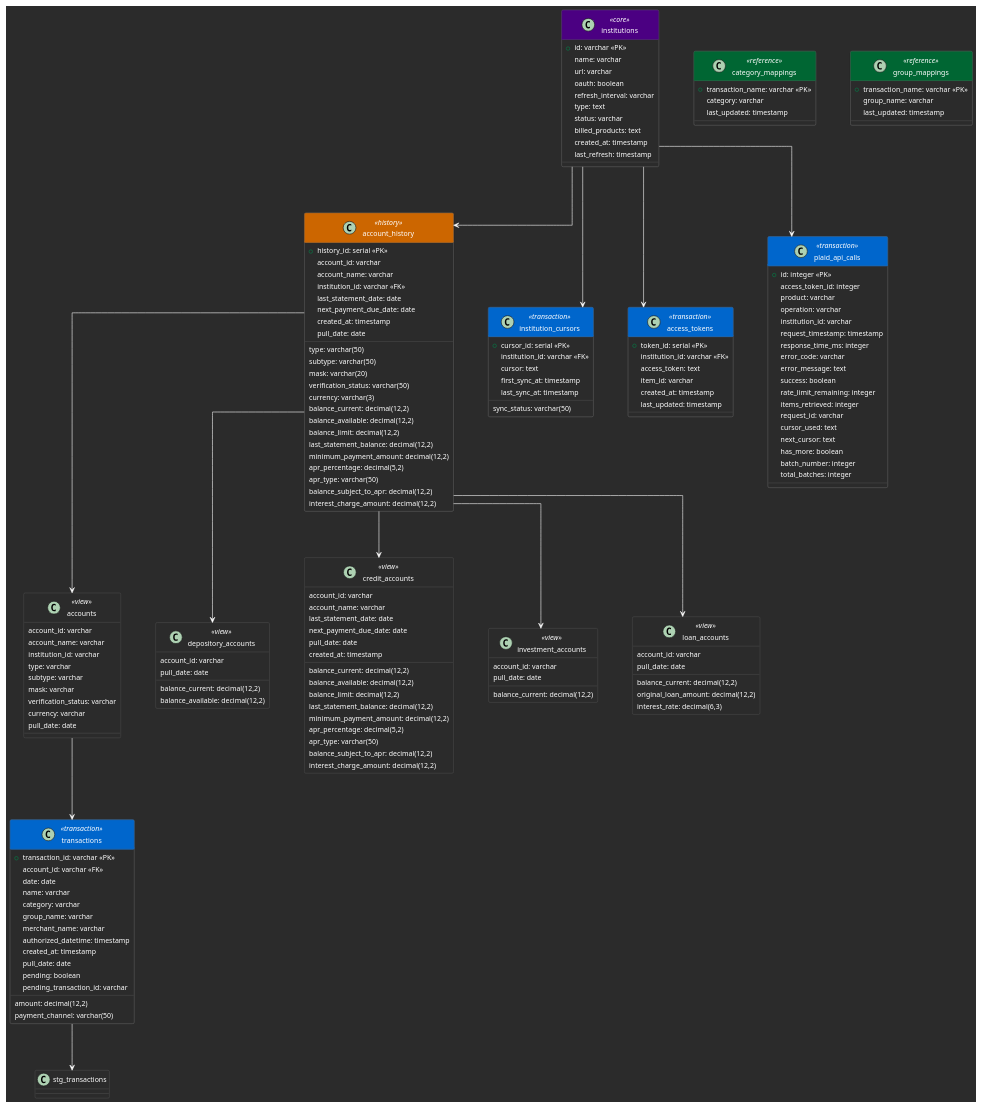
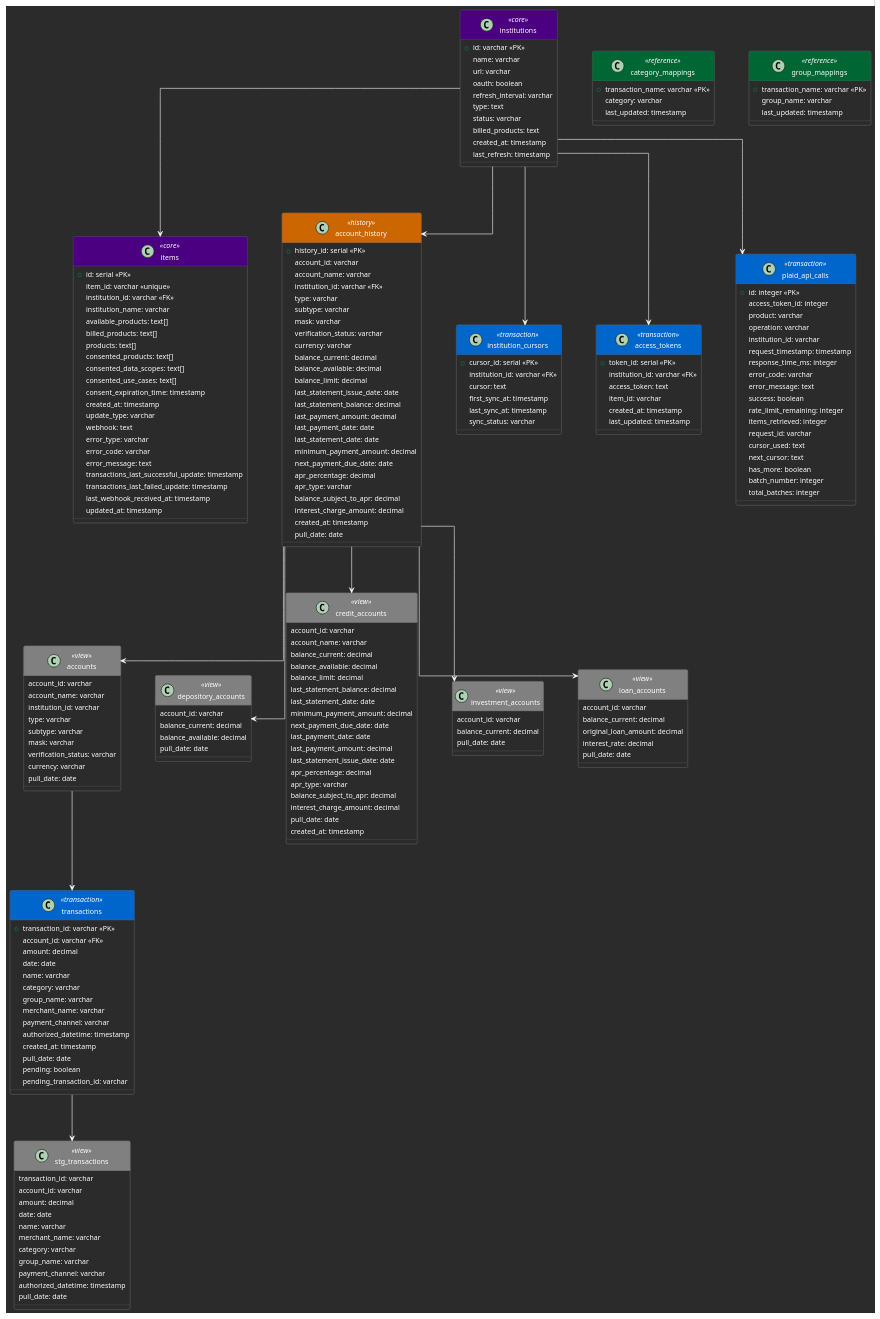
The diagram in app/diagrams/database.puml (m-dur/docker-plaid), drawn with PlantUML before and after one commit. The commit also changed 2 other files, not shown here.

Commit message:
testing chart update

```diff
--- a/app/diagrams/database.puml
+++ b/app/diagrams/database.puml
@@ -19,6 +19,7 @@
     HeaderBackgroundColor<<transaction>> #0066CC
     HeaderBackgroundColor<<reference>> #006633
     HeaderBackgroundColor<<history>> #CC6600
+    HeaderBackgroundColor<<view>> #808080
 }
 
 ' Core tables
@@ -35,27 +36,54 @@
     last_refresh: timestamp
 }
 
+class items <<core>> {
+    + id: serial <<PK>>
+    item_id: varchar <<unique>>
+    institution_id: varchar <<FK>>
+    institution_name: varchar
+    available_products: text[]
+    billed_products: text[]
+    products: text[]
+    consented_products: text[]
+    consented_data_scopes: text[]
+    consented_use_cases: text[]
+    consent_expiration_time: timestamp
+    created_at: timestamp
+    update_type: varchar
+    webhook: text
+    error_type: varchar
+    error_code: varchar
+    error_message: text
+    transactions_last_successful_update: timestamp
+    transactions_last_failed_update: timestamp
+    last_webhook_received_at: timestamp
+    updated_at: timestamp
+}
+
 class account_history <<history>> {
     + history_id: serial <<PK>>
     account_id: varchar
     account_name: varchar
     institution_id: varchar <<FK>>
-    type: varchar(50)
-    subtype: varchar(50)
-    mask: varchar(20)
-    verification_status: varchar(50)
-    currency: varchar(3)
-    balance_current: decimal(12,2)
-    balance_available: decimal(12,2)
-    balance_limit: decimal(12,2)
-    last_statement_balance: decimal(12,2)
+    type: varchar
+    subtype: varchar
+    mask: varchar
+    verification_status: varchar
+    currency: varchar
+    balance_current: decimal
+    balance_available: decimal
+    balance_limit: decimal
+    last_statement_issue_date: date
+    last_statement_balance: decimal
+    last_payment_amount: decimal
+    last_payment_date: date
     last_statement_date: date
-    minimum_payment_amount: decimal(12,2)
+    minimum_payment_amount: decimal
     next_payment_due_date: date
-    apr_percentage: decimal(5,2)
-    apr_type: varchar(50)
-    balance_subject_to_apr: decimal(12,2)
-    interest_charge_amount: decimal(12,2)
+    apr_percentage: decimal
+    apr_type: varchar
+    balance_subject_to_apr: decimal
+    interest_charge_amount: decimal
     created_at: timestamp
     pull_date: date
 }
@@ -75,40 +103,43 @@
 
 class depository_accounts <<view>> {
     account_id: varchar
-    balance_current: decimal(12,2)
-    balance_available: decimal(12,2)
+    balance_current: decimal
+    balance_available: decimal
     pull_date: date
 }
 
 class credit_accounts <<view>> {
     account_id: varchar
     account_name: varchar
-    balance_current: decimal(12,2)
-    balance_available: decimal(12,2)
-    balance_limit: decimal(12,2)
-    last_statement_balance: decimal(12,2)
+    balance_current: decimal
+    balance_available: decimal
+    balance_limit: decimal
+    last_statement_balance: decimal
     last_statement_date: date
-    minimum_payment_amount: decimal(12,2)
+    minimum_payment_amount: decimal
     next_payment_due_date: date
-    apr_percentage: decimal(5,2)
-    apr_type: varchar(50)
-    balance_subject_to_apr: decimal(12,2)
-    interest_charge_amount: decimal(12,2)
+    last_payment_date: date
+    last_payment_amount: decimal
+    last_statement_issue_date: date
+    apr_percentage: decimal
+    apr_type: varchar
+    balance_subject_to_apr: decimal
+    interest_charge_amount: decimal
     pull_date: date
     created_at: timestamp
 }
 
 class investment_accounts <<view>> {
     account_id: varchar
-    balance_current: decimal(12,2)
+    balance_current: decimal
     pull_date: date
 }
 
 class loan_accounts <<view>> {
     account_id: varchar
-    balance_current: decimal(12,2)
-    original_loan_amount: decimal(12,2)
-    interest_rate: decimal(6,3)
+    balance_current: decimal
+    original_loan_amount: decimal
+    interest_rate: decimal
     pull_date: date
 }
 
@@ -129,18 +160,32 @@
 class transactions <<transaction>> {
     + transaction_id: varchar <<PK>>
     account_id: varchar <<FK>>
-    amount: decimal(12,2)
+    amount: decimal
     date: date
     name: varchar
     category: varchar
     group_name: varchar
     merchant_name: varchar
-    payment_channel: varchar(50)
+    payment_channel: varchar
     authorized_datetime: timestamp
     created_at: timestamp
     pull_date: date
     pending: boolean
     pending_transaction_id: varchar
+}
+
+class stg_transactions <<view>> {
+    transaction_id: varchar
+    account_id: varchar
+    amount: decimal
+    date: date
+    name: varchar
+    merchant_name: varchar
+    category: varchar
+    group_name: varchar
+    payment_channel: varchar
+    authorized_datetime: timestamp
+    pull_date: date
 }
 
 class institution_cursors <<transaction>> {
@@ -149,7 +194,7 @@
     cursor: text
     first_sync_at: timestamp
     last_sync_at: timestamp
-    sync_status: varchar(50)
+    sync_status: varchar
 }
 
 class access_tokens <<transaction>> {
@@ -183,16 +228,19 @@
 }
 
 ' Relationships
+institutions -[#ffffff]-> items
 institutions -[#ffffff]-> account_history
+institutions -[#ffffff]-> institution_cursors
+institutions -[#ffffff]-> access_tokens
+institutions -[#ffffff]-> plaid_api_calls
+
 account_history -[#ffffff]-> accounts
 account_history -[#ffffff]-> depository_accounts
 account_history -[#ffffff]-> credit_accounts
 account_history -[#ffffff]-> investment_accounts
 account_history -[#ffffff]-> loan_accounts
-institutions -[#ffffff]-> institution_cursors
-institutions -[#ffffff]-> access_tokens
+
 accounts -[#ffffff]-> transactions
-institutions -[#ffffff]-> plaid_api_calls
 transactions -[#ffffff]-> stg_transactions
 
 @enduml
```
